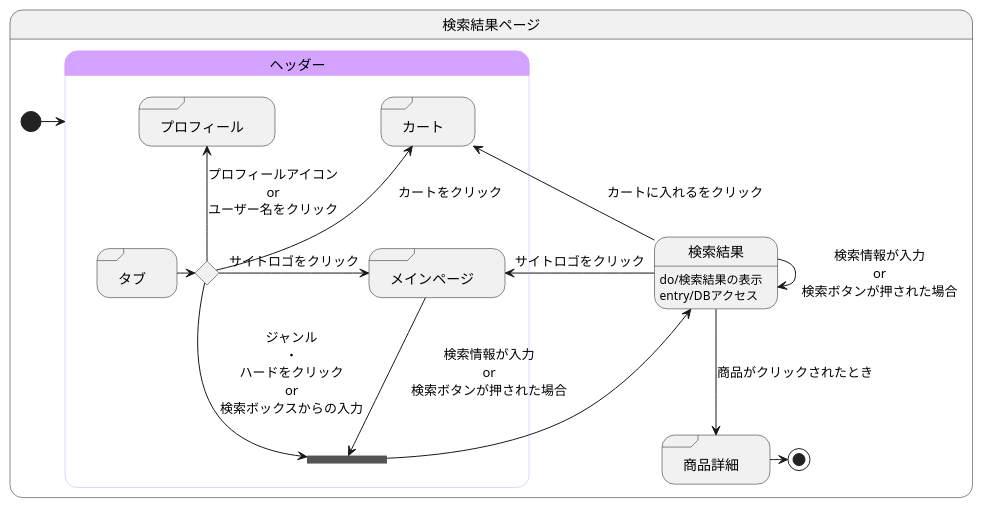
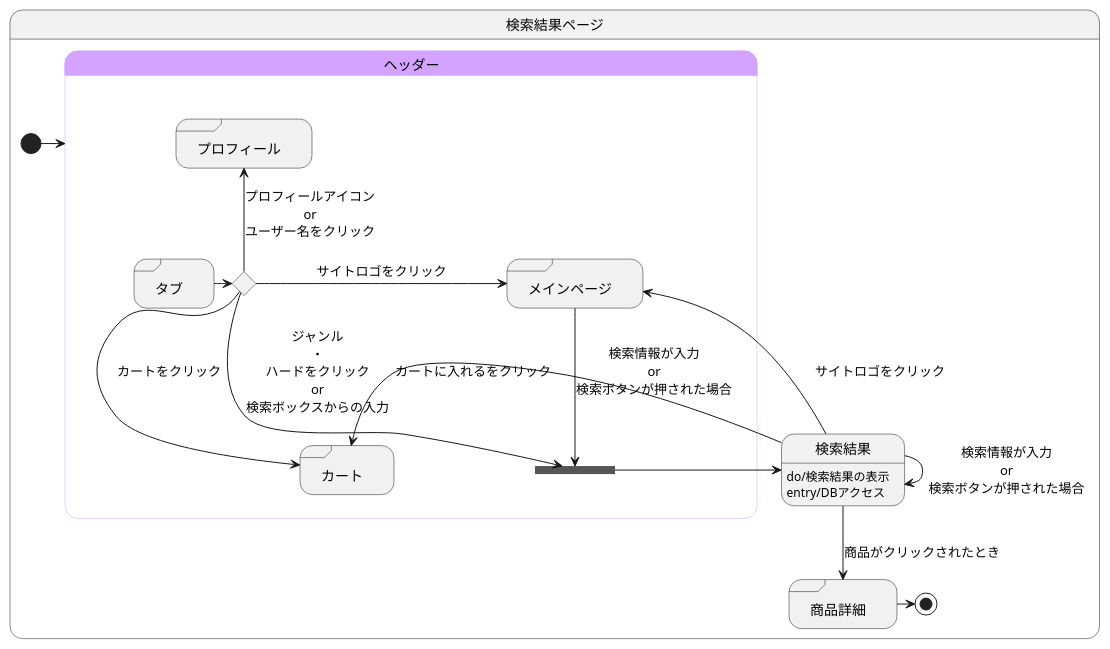
Before and after one commit to akutori/T-D-E: the diagram in 検索結果.md, drawn with PlantUML.

Commit message:
修正

````diff
--- a/検索結果.md
+++ b/検索結果.md
@@ -1,45 +1,45 @@
 ```uml
 @startuml
 state 検索結果ページ{
 
 
     state 検索結果:do/検索結果の表示
     state 検索結果:entry/DBアクセス
     state "商品詳細" as goodsdetail <<sdlreceive>>
     
 
 
     [*] -> ヘッダー
     
     検索結果 --> goodsdetail :商品がクリックされたとき
     検索結果 --> 検索結果 :検索情報が入力\nor\n検索ボタンが押された場合
     goodsdetail -> [*]
     
 
     state ヘッダー<<headder>>{
         state join_header <<join>>
         state ifinput <<choice>>
         state "タブ" as tab <<sdlreceive>>
         state "カート" as cart <<sdlreceive>>
         state "プロフィール" as profile <<sdlreceive>>
         state "メインページ" as mainpage <<sdlreceive>>
 
         tab -> ifinput 
-        ifinput -up-> cart :カートをクリック
+        ifinput --> cart :カートをクリック
         ifinput -up-> profile :プロフィールアイコン\nor\nユーザー名をクリック
         ifinput -> mainpage :サイトロゴをクリック
         ifinput -left-> join_header :ジャンル\n・\nハードをクリック\nor\n検索ボックスからの入力
 
         mainpage --> join_header :検索情報が入力\nor\n検索ボタンが押された場合
         検索結果 -> mainpage :サイトロゴをクリック
         join_header --> 検索結果
         検索結果 -> cart : カートに入れるをクリック
     }
 
     skinparam stateBorderColor<<headder>> #d3a3ff
     state ヘッダー #d3a3ff
 
 }
 
 @enduml
 ```
````
